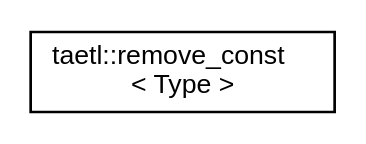
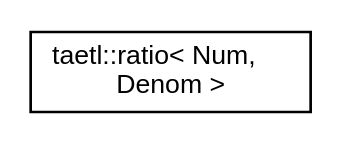
Before and after one commit to tobanteAudio/taetl: the diagram in inherit_graph_32.dot, drawn with Graphviz. The commit also changed 136 other files, not shown here.

```diff
--- a/inherit_graph_32.dot
+++ b/inherit_graph_32.dot
@@ -1,7 +1,7 @@
 digraph "Graphical Class Hierarchy"
 {
   edge [fontname="Helvetica",fontsize="10",labelfontname="Helvetica",labelfontsize="10"];
   node [fontname="Helvetica",fontsize="10",shape=record];
   rankdir="LR";
-  Node0 [label="taetl::remove_const\l\< Type \>",height=0.2,width=0.4,color="black", fillcolor="white", style="filled",URL="$structtaetl_1_1remove__const.html"];
+  Node0 [label="taetl::ratio\< Num,\l Denom \>",height=0.2,width=0.4,color="black", fillcolor="white", style="filled",URL="$structtaetl_1_1ratio.html",tooltip="The class template provides compile-time rational arithmetic support. Each instantiation of this temp..."];
 }
```
